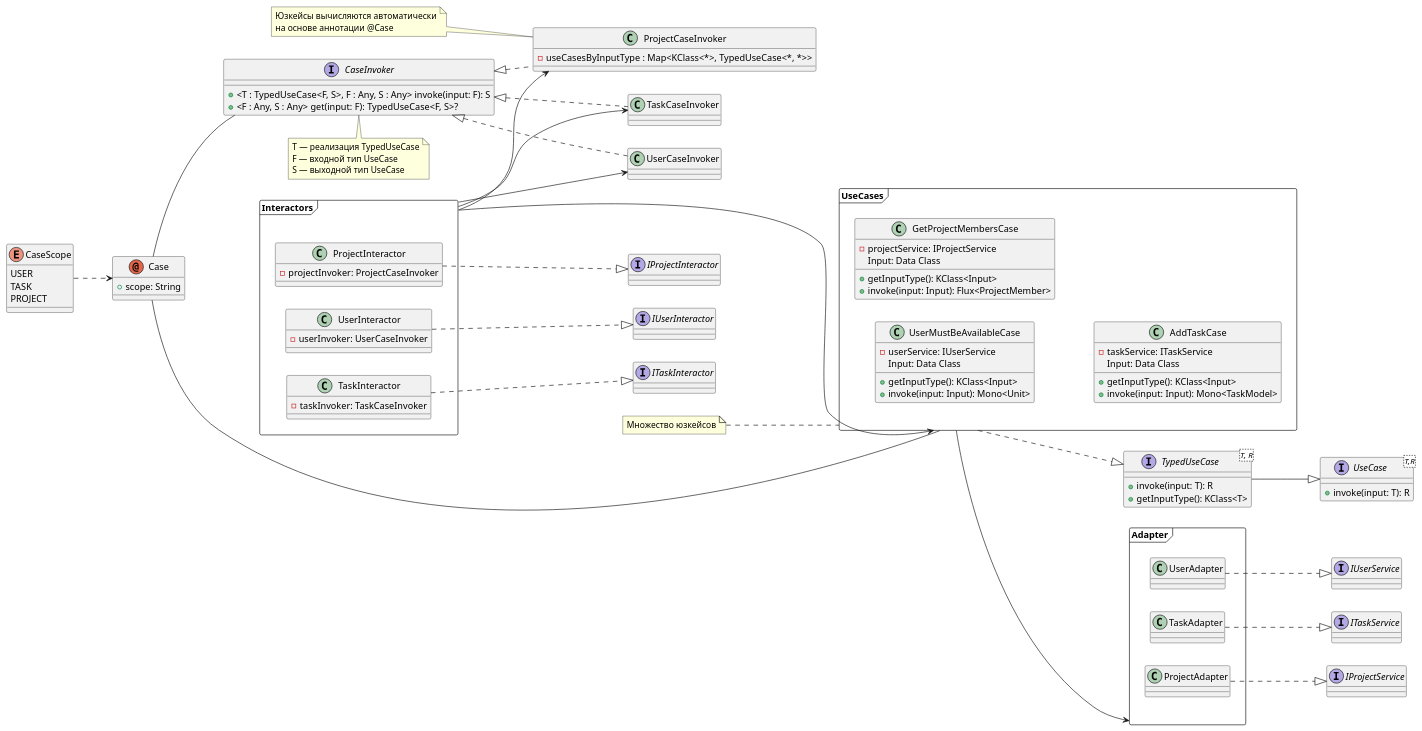
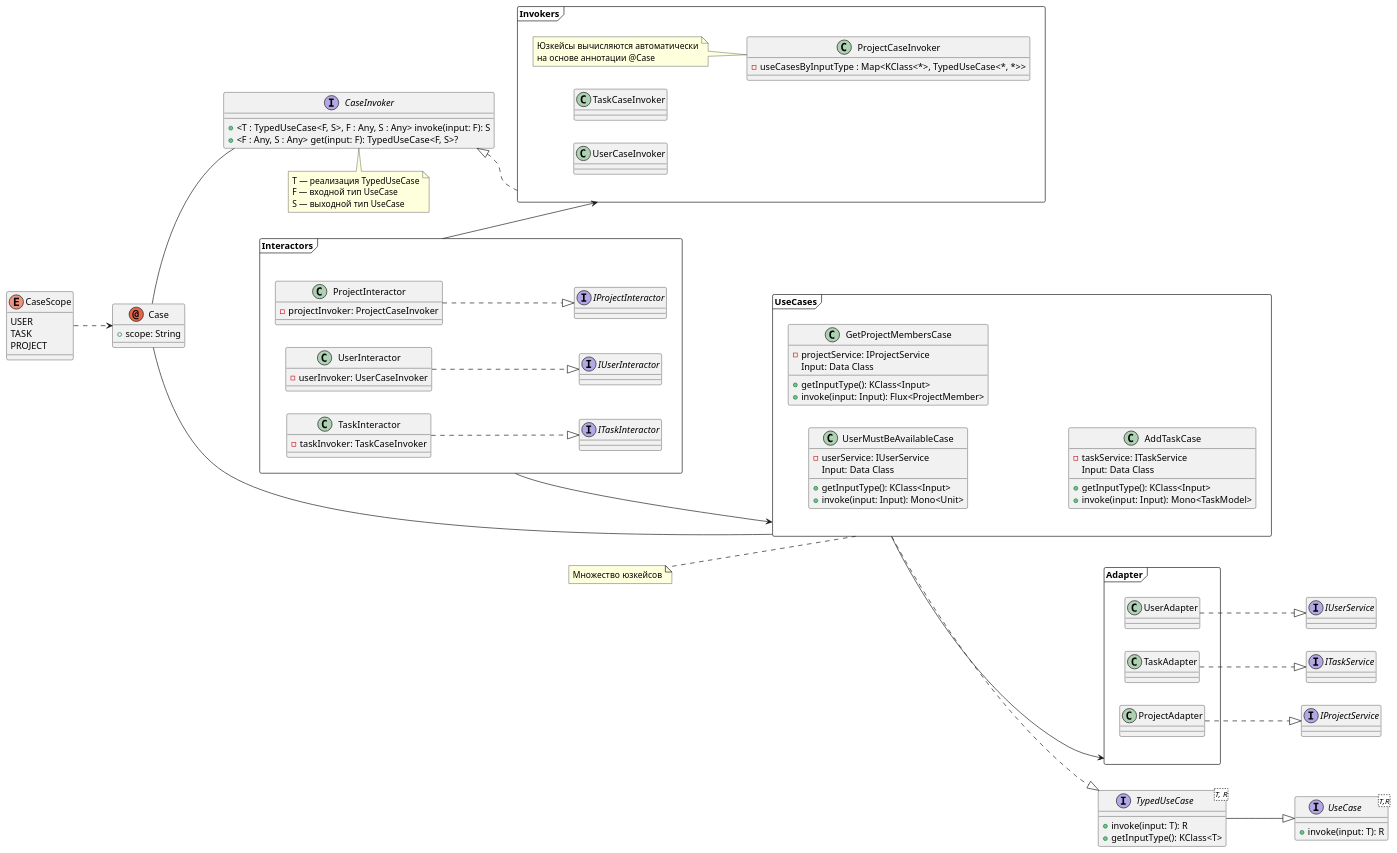
Before and after one commit to unmei211/via.easyflow-backend: the diagram in uml/clazzes/interactor_classes.puml, drawn with PlantUML.

Commit message:
pretty diagram

```diff
--- a/uml/clazzes/interactor_classes.puml
+++ b/uml/clazzes/interactor_classes.puml
@@ -1,139 +1,141 @@
 @startuml
 left to right direction
 
 together {
-    interface IUserService {
-    }
-    interface ITaskService {}
-    interface IProjectService {}
-}
 
-frame Adapter {
-    class ProjectAdapter {
-    }
-    class TaskAdapter {
-    }
-    class UserAdapter {
+    together {
+        interface IUserService {
+        }
+        interface ITaskService {}
+        interface IProjectService {}
+        }
+
+        frame Adapter {
+        class ProjectAdapter {
+        }
+        class TaskAdapter {
+        }
+        class UserAdapter {
+        }
+
+        ProjectAdapter ..|> IProjectService
+        TaskAdapter ..|> ITaskService
+        UserAdapter ..|> IUserService
     }
 
-    ProjectAdapter ..|> IProjectService
-    TaskAdapter ..|> ITaskService
-    UserAdapter ..|> IUserService
 }
 
 together {
     enum CaseScope {
         USER
         TASK
         PROJECT
     }
 
     annotation Case {
         + scope: String
     }
 
     CaseScope ..> Case
 }
 
 together {
     interface UseCase<T,R> {
         + invoke(input: T): R
     }
 
     interface TypedUseCase<T, R> {
         + invoke(input: T): R
         + getInputType(): KClass<T>
     }
 
     TypedUseCase --|> UseCase
 }
 
 frame UseCases {
     class UserMustBeAvailableCase {
         - userService: IUserService
         +getInputType(): KClass<Input>
         +invoke(input: Input): Mono<Unit>
         Input: Data Class
     }
 
     class GetProjectMembersCase {
         - projectService: IProjectService
         +getInputType(): KClass<Input>
         +invoke(input: Input): Flux<ProjectMember>
         Input: Data Class
     }
 
     class AddTaskCase {
         - taskService: ITaskService
         +getInputType(): KClass<Input>
         +invoke(input: Input): Mono<TaskModel>
         Input: Data Class
     }
 }
 note left of UseCases : Множество юзкейсов
 
 together {
     interface CaseInvoker {
         +<T : TypedUseCase<F, S>, F : Any, S : Any> invoke(input: F): S
         +<F : Any, S : Any> get(input: F): TypedUseCase<F, S>?
     }
     note top of CaseInvoker
     T — реализация TypedUseCase
     F — входной тип UseCase
     S — выходной тип UseCase
     end note
 
 
+    frame Invokers {
     class ProjectCaseInvoker {
         - useCasesByInputType : Map<KClass<*>, TypedUseCase<*, *>>
     }
-    CaseInvoker <|.. ProjectCaseInvoker
+'    CaseInvoker <|.. ProjectCaseInvoker
     note left of ProjectCaseInvoker
     Юзкейсы вычисляются автоматически
     на основе аннотации @Case
     end note
 
     class TaskCaseInvoker
-    CaseInvoker <|.. TaskCaseInvoker
+'    CaseInvoker <|.. TaskCaseInvoker
     class UserCaseInvoker
-    CaseInvoker <|.. UserCaseInvoker
+'    CaseInvoker <|.. UserCaseInvoker
+    }
+    CaseInvoker <|.. Invokers
+
 }
 
 together {
-    interface IProjectInteractor
-    interface IUserInteractor
-    interface ITaskInteractor
+    frame Interactors as i {
+        class ProjectInteractor {
+            - projectInvoker: ProjectCaseInvoker
+        }
+        class UserInteractor {
+            - userInvoker: UserCaseInvoker
+        }
+        class TaskInteractor {
+            - taskInvoker: TaskCaseInvoker
+        }
+        interface IProjectInteractor
+        interface IUserInteractor
+        interface ITaskInteractor
+    }
 }
-
-frame Interactors as i {
-    class ProjectInteractor {
-        - projectInvoker: ProjectCaseInvoker
-    }
-    class UserInteractor {
-        - userInvoker: UserCaseInvoker
-    }
-    class TaskInteractor {
-        - taskInvoker: TaskCaseInvoker
-    }
-
-}
-
-i --> UserCaseInvoker
-i --> TaskCaseInvoker
-i --> ProjectCaseInvoker
-
+i --> Invokers
 ProjectInteractor ..|> IProjectInteractor
 UserInteractor ..|> IUserInteractor
 TaskInteractor ..|> ITaskInteractor
 
 
 UseCases --> Adapter
 
 i --> UseCases
 
 UseCases ..|> TypedUseCase
 
 Case ---- UseCases
 Case -- CaseInvoker
 
 @enduml
```
